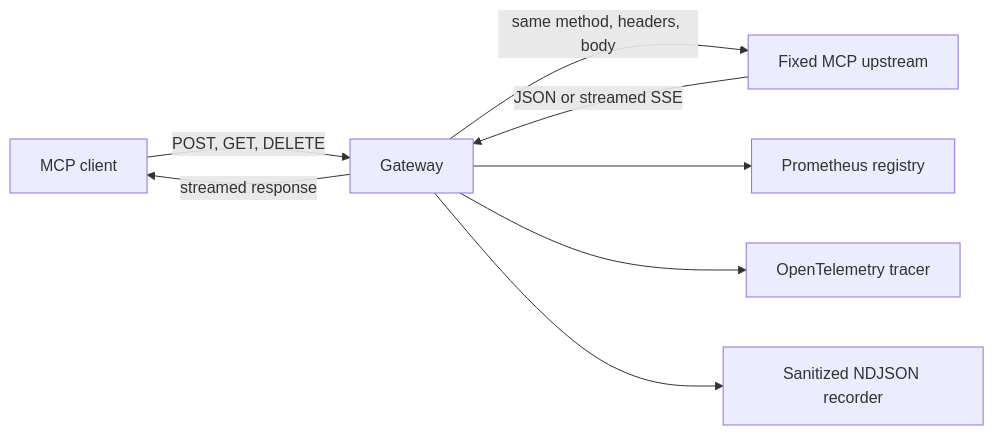
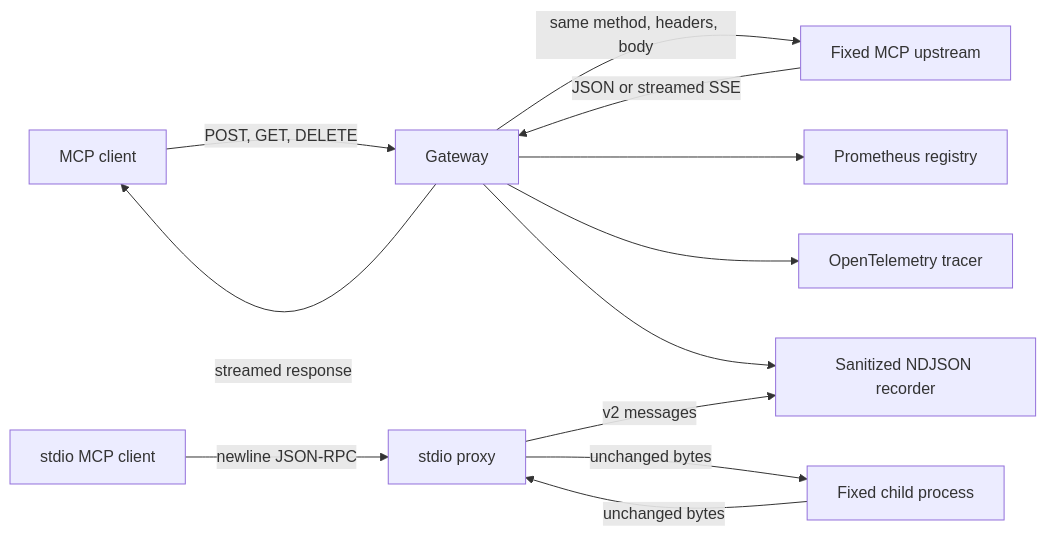
The diagram in docs/architecture.md (ryux1/mcp-trace), drawn with Mermaid before and after one commit. The commit also changed other lines of this file and 31 other files, not shown here.

Commit message:
feat(stdio): proxy local MCP servers (#33)

````diff
--- a/docs/architecture.md
+++ b/docs/architecture.md
@@ -8,10 +8,14 @@
 ```mermaid
 flowchart LR
     C[MCP client] -->|POST, GET, DELETE| G[Gateway]
     G -->|same method, headers, body| U[Fixed MCP upstream]
     U -->|JSON or streamed SSE| G
     G -->|streamed response| C
     G --> M[Prometheus registry]
     G --> T[OpenTelemetry tracer]
     G --> R[Sanitized NDJSON recorder]
+    SC[stdio MCP client] -->|newline JSON-RPC| S[stdio proxy]
+    S -->|unchanged bytes| P[Fixed child process]
+    P -->|unchanged bytes| S
+    S -->|v2 messages| R
 ```
````
